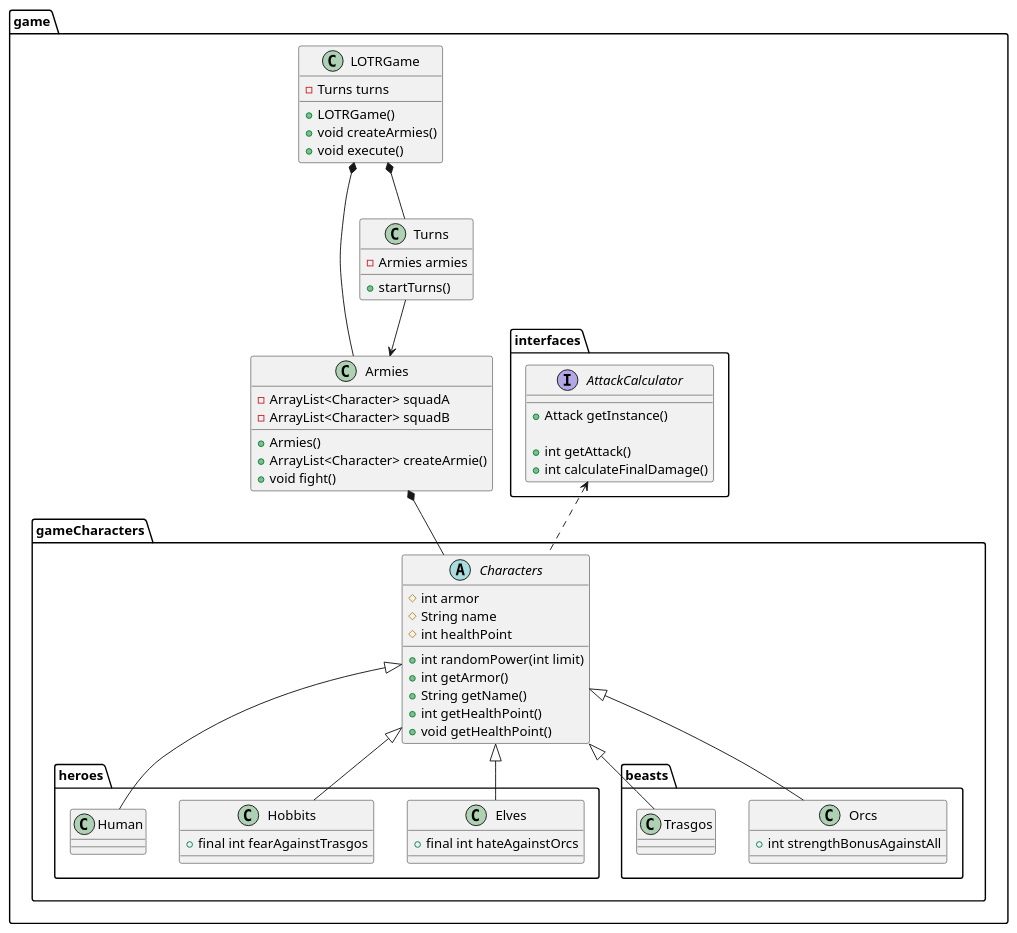
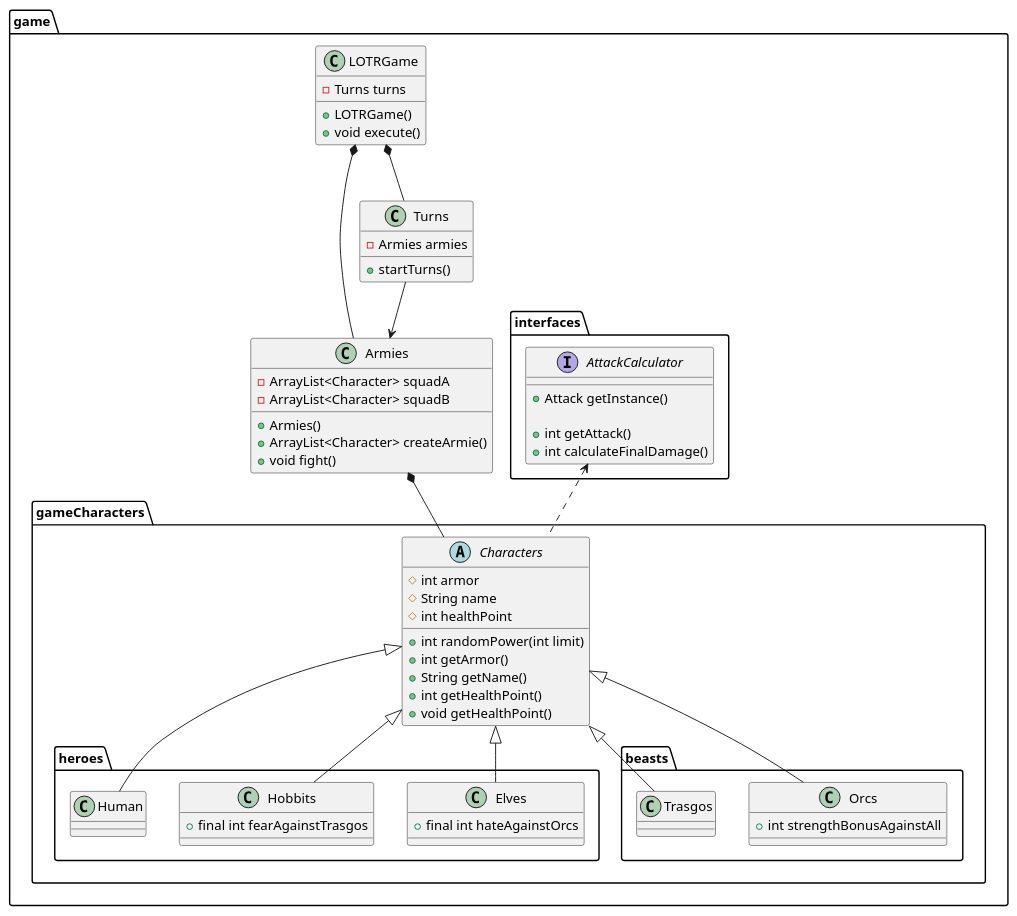
The diagram in doc/diagram-classes.puml (oliver-sierra-telus/DSU-w8-TLOTR-G2), drawn with PlantUML before and after one commit. The commit also changed 2 other files, not shown here.

```diff
--- a/doc/diagram-classes.puml
+++ b/doc/diagram-classes.puml
@@ -1,108 +1,107 @@
 @startuml LOTRGame
 
 
 
 
 package game{
     Class LOTRGame{
         -Turns turns
 
         +LOTRGame()
-        +void createArmies()
         +void execute()
 
     }
     Class Armies{
         -ArrayList<Character> squadA
         -ArrayList<Character> squadB
 
         +Armies()
         +ArrayList<Character> createArmie()
         +void fight()
     }
 
     Class Turns{
         -Armies armies
 
         +startTurns()
 
     }
 
     package interfaces{
 
         interface AttackCalculator{
             +Attack getInstance()
 
             +int getAttack()
             +int calculateFinalDamage()
 
         }
 
     }
 
 
     package gameCharacters{
 
         Abstract Class Characters{
             #int armor
             #String name
             #int healthPoint
 
             +int randomPower(int limit)
             +int getArmor()
             +String getName()
             +int getHealthPoint()
             +void getHealthPoint()
 
         }
 
         package heroes{
             Class Elves{
                 +final int hateAgainstOrcs
             }
 
             Class Hobbits{
                 +final int fearAgainstTrasgos
             }
             Class Human{
 
             }
 
 
         }
 
         package beasts{
 
 
             Class Orcs{
                 +int strengthBonusAgainstAll
             }
             Class Trasgos{
             }
 
         }
 
     }
 }
 
 
 
 LOTRGame *-- Turns
 LOTRGame *-- Armies
 
 Turns --> Armies
 
 Armies *-- Characters
 
 Characters .up.> AttackCalculator
 
 Characters <|-- Elves
 Characters <|-- Hobbits
 Characters <|-- Human
 
 Characters <|-- Orcs
 Characters <|-- Trasgos
 
 
 
 @enduml
```
